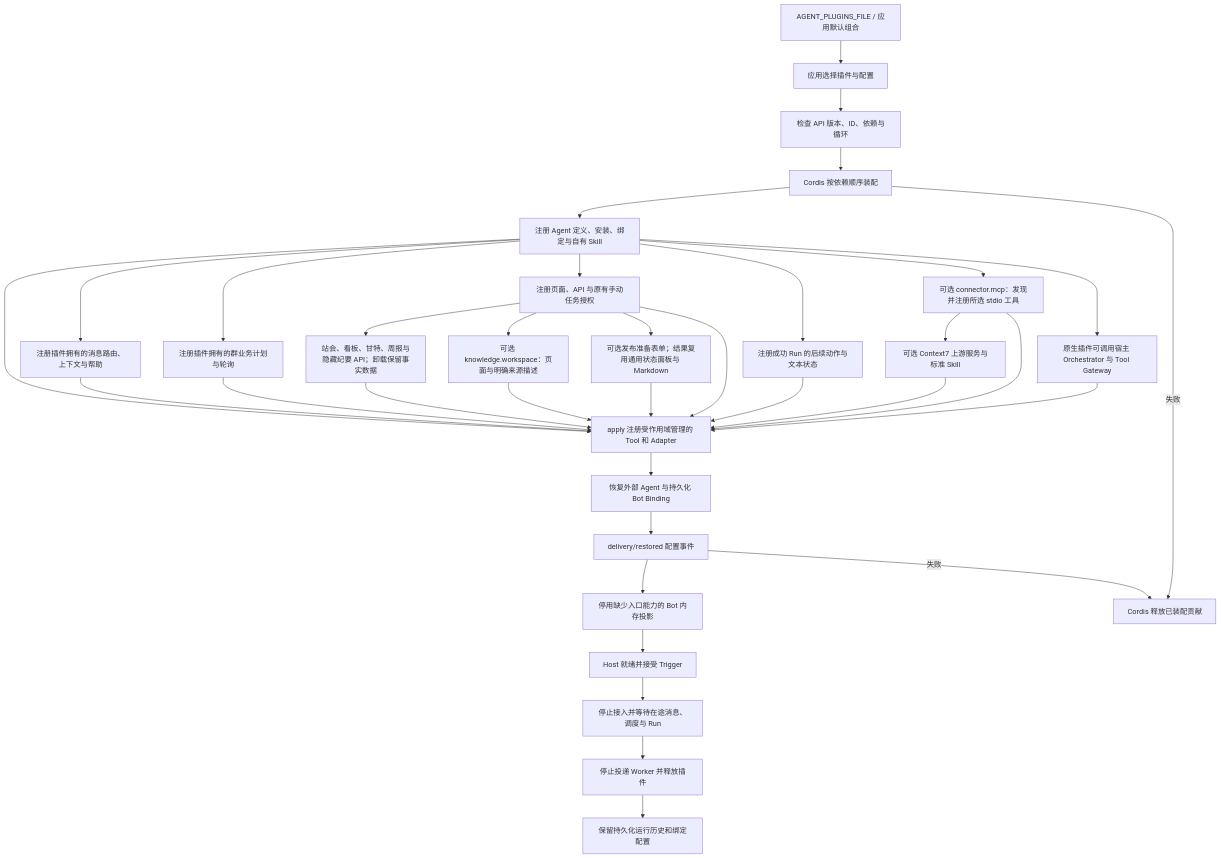
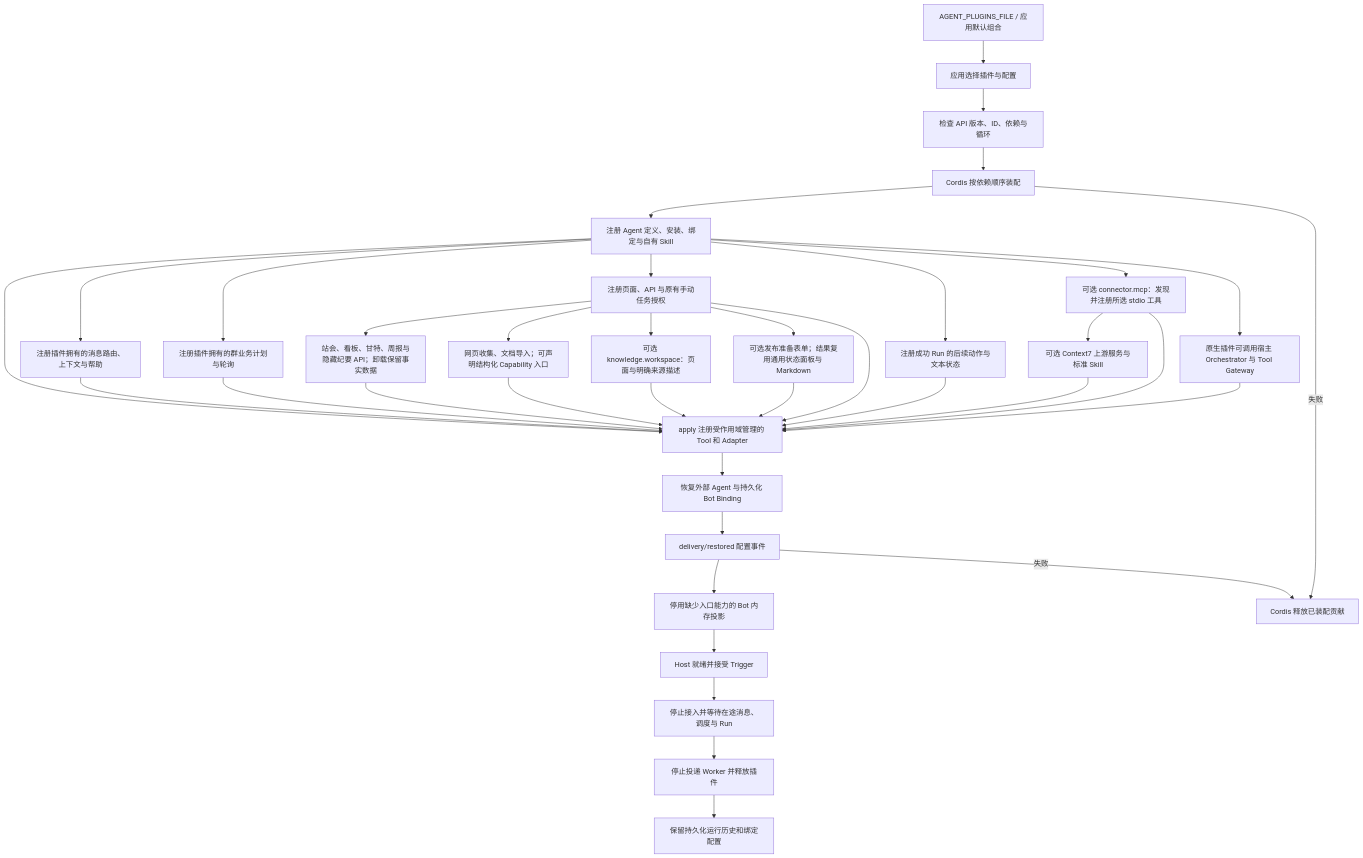
Before and after one commit to KlayPeter/AI-Delivery-Ops-Agent: the diagram in backend/src/platform/plugins/FEATURE.md, drawn with Mermaid. The commit also changed other lines of this file and 33 other files, not shown here.

````diff
--- a/backend/src/platform/plugins/FEATURE.md
+++ b/backend/src/platform/plugins/FEATURE.md
@@ -21,37 +21,39 @@
 ```mermaid
 flowchart TD
     Y[AGENT_PLUGINS_FILE / 应用默认组合] --> A[应用选择插件与配置]
     A --> B[检查 API 版本、ID、依赖与循环]
     B --> C[Cordis 按依赖顺序装配]
     C --> D[注册 Agent 定义、安装、绑定与自有 Skill]
     D --> E[apply 注册受作用域管理的 Tool 和 Adapter]
     D --> MR[注册插件拥有的消息路由、上下文与帮助]
     MR --> E
     D --> SJ[注册插件拥有的群业务计划与轮询]
     SJ --> E
     D --> WEB[注册页面、API 与原有手动任务授权]
     WEB --> VIS[站会、看板、甘特、周报与隐藏纪要 API；卸载保留事实数据]
     VIS --> E
+    WEB --> COL[网页收集、文档导入；可声明结构化 Capability 入口]
+    COL --> E
     WEB --> KW[可选 knowledge.workspace：页面与明确来源描述]
     KW --> E
     WEB --> RELEASE[可选发布准备表单；结果复用通用状态面板与 Markdown]
     RELEASE --> E
     WEB --> E
     D --> RA[注册成功 Run 的后续动作与文本状态]
     RA --> E
     D --> MCP[可选 connector.mcp：发现并注册所选 stdio 工具]
     MCP --> C7[可选 Context7 上游服务与标准 Skill]
     C7 --> E
     MCP --> E
     D --> NS[原生插件可调用宿主 Orchestrator 与 Tool Gateway]
     NS --> E
     E --> F[恢复外部 Agent 与持久化 Bot Binding]
     F --> G[delivery/restored 配置事件]
     G --> H[停用缺少入口能力的 Bot 内存投影]
     H --> I[Host 就绪并接受 Trigger]
     C -- 失败 --> X[Cordis 释放已装配贡献]
     G -- 失败 --> X
     I --> J[停止接入并等待在途消息、调度与 Run]
     J --> K[停止投递 Worker 并释放插件]
     K --> L[保留持久化运行历史和绑定配置]
 ```
````
